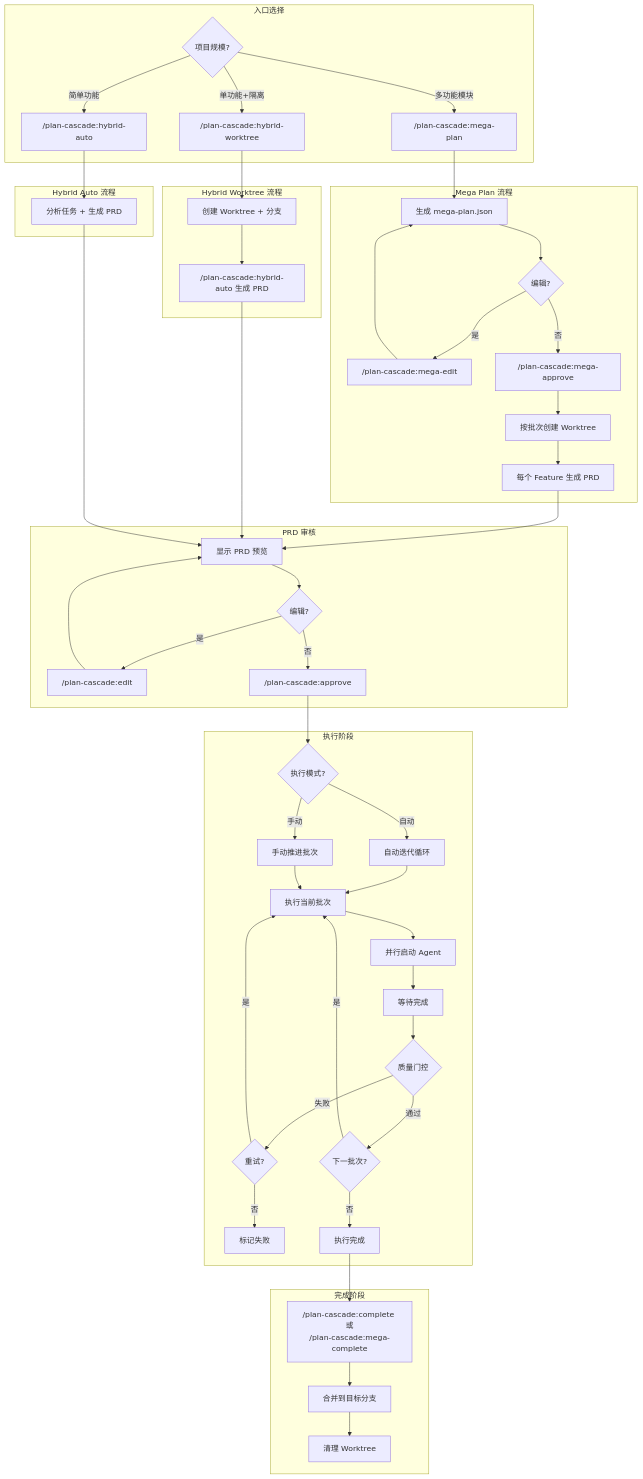
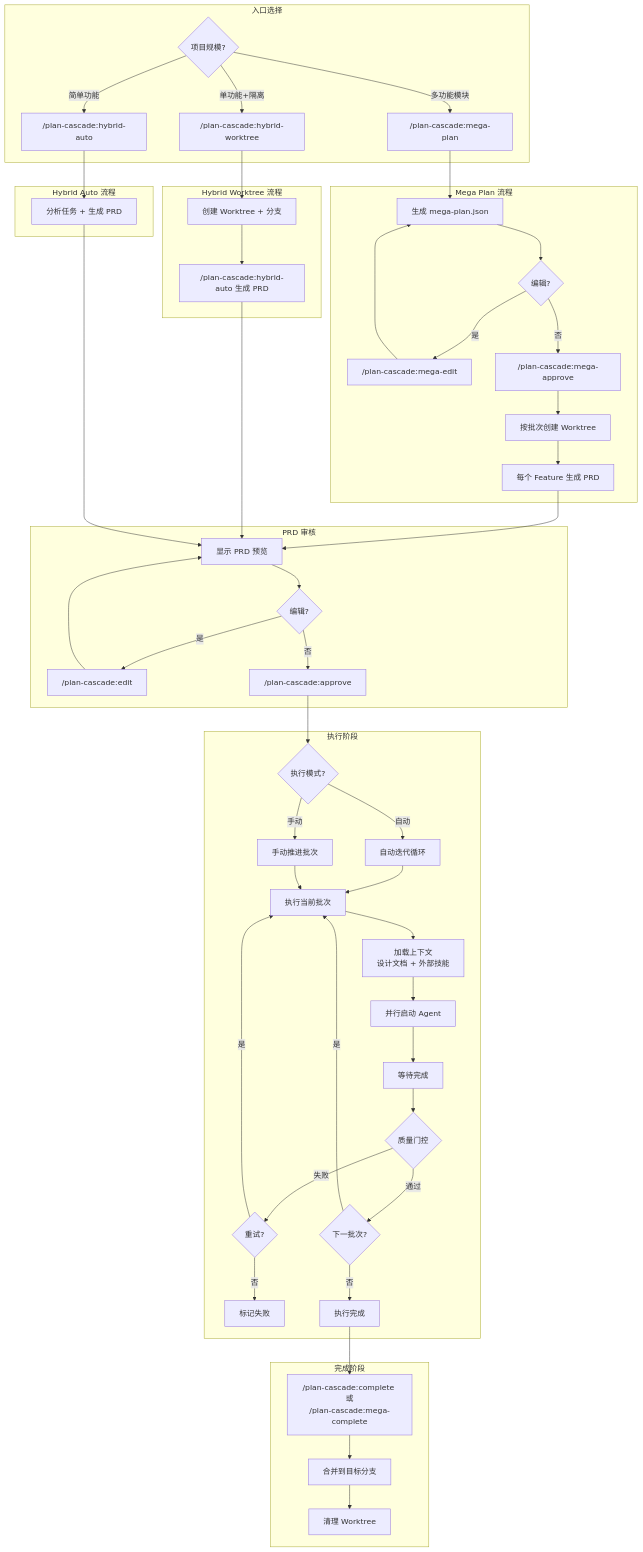
The third of 13 diagrams in docs/System-Architecture_zh.md (Taoidle/plan-cascade), drawn with Mermaid before and after one commit. The commit also changed other lines of this file and 29 other files, not shown here.

````diff
--- a/docs/System-Architecture_zh.md
+++ b/docs/System-Architecture_zh.md
@@ -126,64 +138,65 @@
 ```mermaid
 flowchart TB
     subgraph "入口选择"
         START{项目规模?}
         START -->|多功能模块| MEGA["/plan-cascade:mega-plan"]
         START -->|单功能+隔离| HW["/plan-cascade:hybrid-worktree"]
         START -->|简单功能| HA["/plan-cascade:hybrid-auto"]
     end
 
     subgraph "Mega Plan 流程"
         MEGA --> MP_GEN[生成 mega-plan.json]
         MP_GEN --> MP_EDIT{编辑?}
         MP_EDIT -->|是| MP_MODIFY["/plan-cascade:mega-edit"]
         MP_MODIFY --> MP_GEN
         MP_EDIT -->|否| MP_APPROVE["/plan-cascade:mega-approve"]
         MP_APPROVE --> MP_BATCH[按批次创建 Worktree]
         MP_BATCH --> MP_PRD[每个 Feature 生成 PRD]
     end
 
     subgraph "Hybrid Worktree 流程"
         HW --> HW_CREATE[创建 Worktree + 分支]
         HW_CREATE --> HW_PRD["/plan-cascade:hybrid-auto 生成 PRD"]
     end
 
     subgraph "Hybrid Auto 流程"
         HA --> HA_GEN[分析任务 + 生成 PRD]
     end
 
     MP_PRD --> PRD_REVIEW
     HW_PRD --> PRD_REVIEW
     HA_GEN --> PRD_REVIEW
 
     subgraph "PRD 审核"
         PRD_REVIEW[显示 PRD 预览]
         PRD_REVIEW --> PRD_EDIT{编辑?}
         PRD_EDIT -->|是| PRD_MODIFY["/plan-cascade:edit"]
         PRD_MODIFY --> PRD_REVIEW
         PRD_EDIT -->|否| APPROVE["/plan-cascade:approve"]
     end
 
     subgraph "执行阶段"
         APPROVE --> EXEC_MODE{执行模式?}
         EXEC_MODE -->|手动| MANUAL[手动推进批次]
         EXEC_MODE -->|自动| AUTO[自动迭代循环]
 
         AUTO --> BATCH[执行当前批次]
         MANUAL --> BATCH
-        BATCH --> PARALLEL[并行启动 Agent]
+        BATCH --> CTX[加载上下文<br/>设计文档 + 外部技能]
+        CTX --> PARALLEL[并行启动 Agent]
         PARALLEL --> WAIT[等待完成]
         WAIT --> QG{质量门控}
         QG -->|通过| NEXT{下一批次?}
         QG -->|失败| RETRY{重试?}
         RETRY -->|是| BATCH
         RETRY -->|否| FAIL[标记失败]
         NEXT -->|是| BATCH
         NEXT -->|否| DONE[执行完成]
     end
 
     subgraph "完成阶段"
         DONE --> COMPLETE["/plan-cascade:complete 或<br/>/plan-cascade:mega-complete"]
         COMPLETE --> MERGE[合并到目标分支]
         MERGE --> CLEANUP[清理 Worktree]
     end
 ```
````
